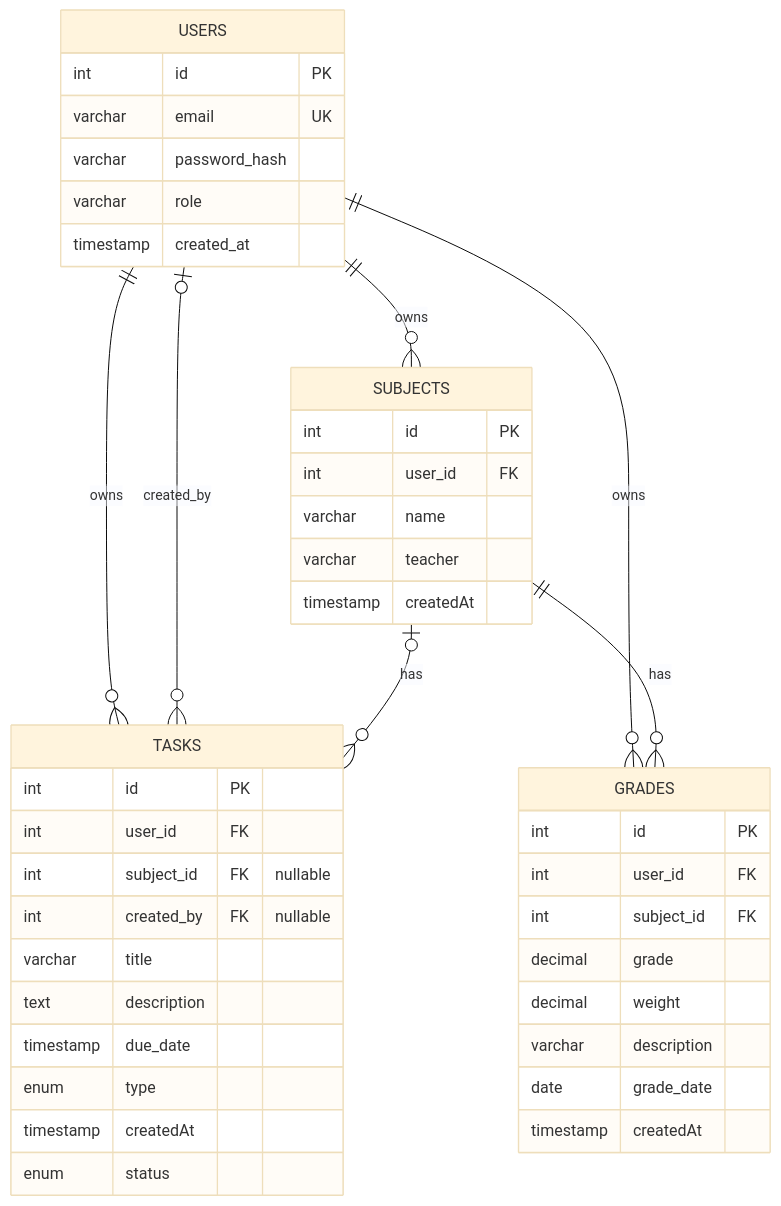
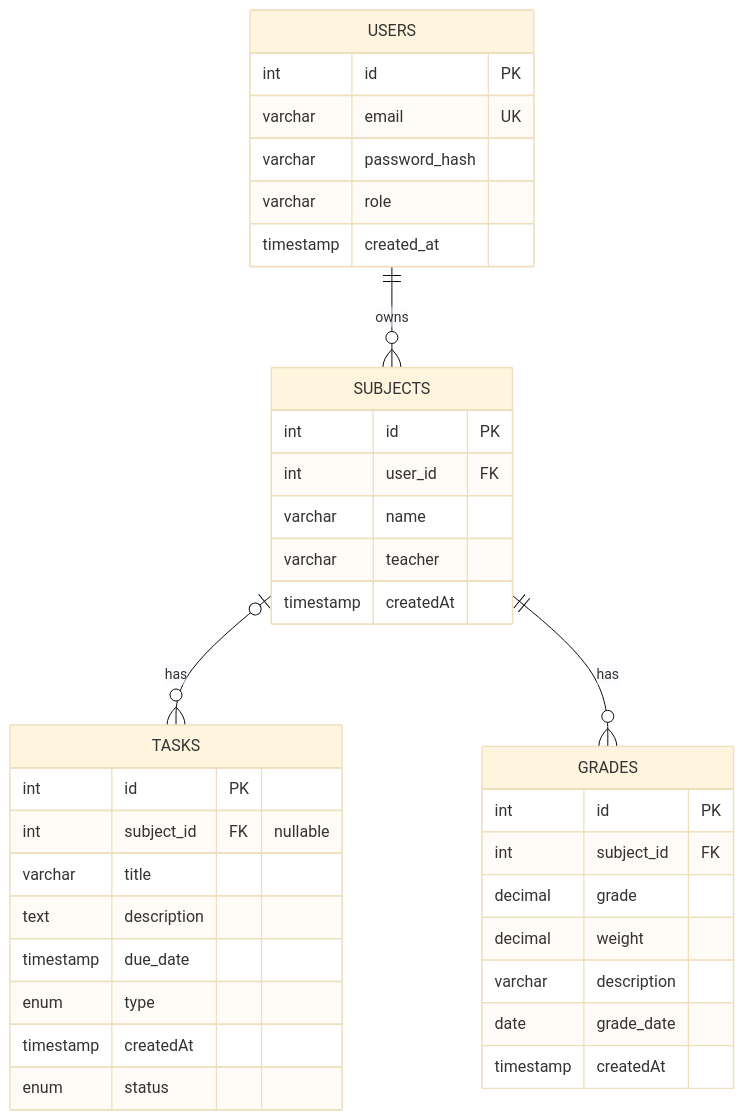
Before and after one commit to Abruzzi81/StudyBuddy: the diagram in README.md, drawn with Mermaid (base theme). The commit also changed other lines of this file, not shown here.

````diff
--- a/README.md
+++ b/README.md
@@ -140,49 +136,43 @@
 ```mermaid
 erDiagram
     USERS ||--o{ SUBJECTS : "owns"
-    USERS ||--o{ TASKS : "owns"
-    USERS o|--o{ TASKS : "created_by"
-    USERS ||--o{ GRADES : "owns"
     SUBJECTS o|--o{ TASKS : "has"
     SUBJECTS ||--o{ GRADES : "has"
 
     USERS {
         int id PK
         varchar email UK
         varchar password_hash
         varchar role
         timestamp created_at
     }
 
     SUBJECTS {
         int id PK
         int user_id FK
         varchar name
         varchar teacher
         timestamp createdAt
     }
 
     TASKS {
         int id PK
-        int user_id FK
         int subject_id FK "nullable"
-        int created_by FK "nullable"
         varchar title
         text description
         timestamp due_date
         enum type
         timestamp createdAt
         enum status
     }
 
     GRADES {
         int id PK
-        int user_id FK
         int subject_id FK
         decimal grade
         decimal weight
         varchar description
         date grade_date
         timestamp createdAt
     }
 ```
````
